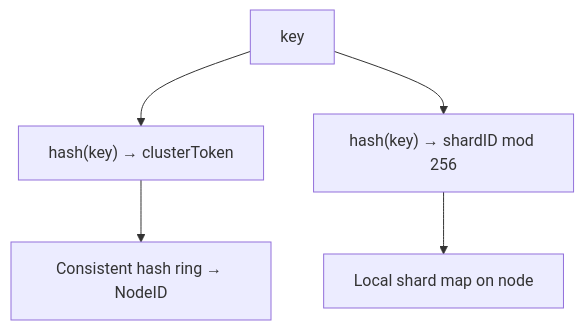
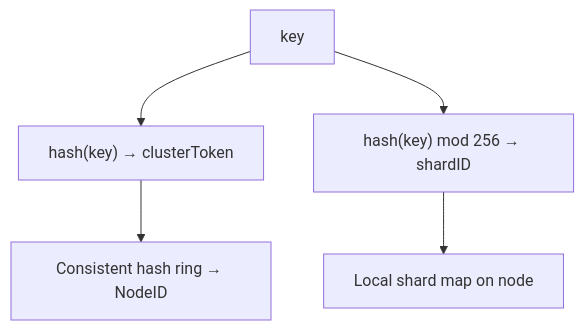
Before and after one commit to antgobar/kvstore: the second of 4 diagrams in DESIGN.md, drawn with Mermaid. The commit also changed other lines of this file and 1 other file, not shown here.

Commit message:
Refactor design documentation to streamline plugin architecture descriptions, enhance clarity on interface-driven components, and improve the organization of deployment modes. Remove USE_CASES.md as it is no longer needed, consolidating relevant information into DESIGN.md.

````diff
--- a/DESIGN.md
+++ b/DESIGN.md
@@ -902,7 +471,7 @@
 ```mermaid
 flowchart TD
   Key[key] --> Hash1["hash(key) → clusterToken"]
   Hash1 --> Ring["Consistent hash ring → NodeID"]
-  Key --> Hash2["hash(key) → shardID mod 256"]
+  Key --> Hash2["hash(key) mod 256 → shardID"]
   Hash2 --> LocalShard["Local shard map on node"]
 ```
````
